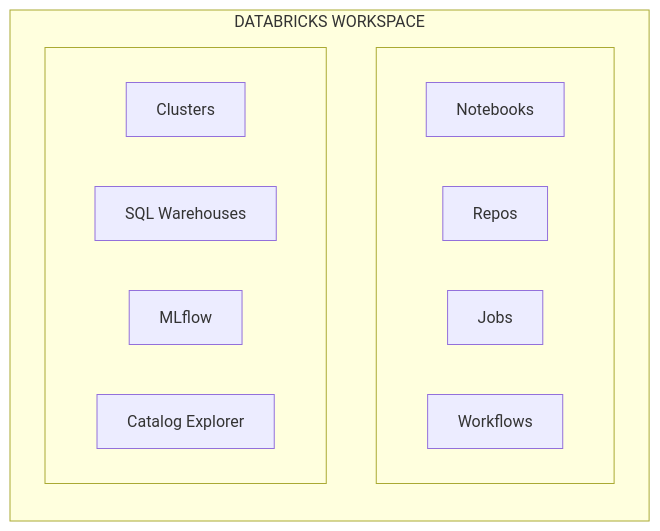
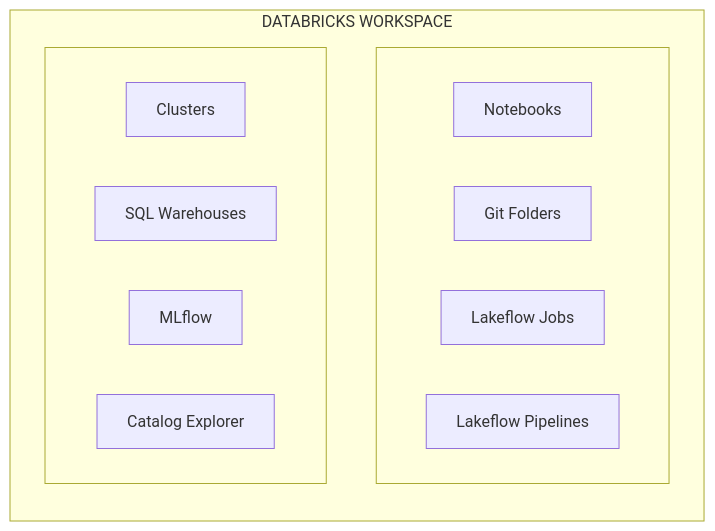
The first of 3 diagrams in shared/fundamentals/databricks-workspace.md (kengio/databricks-certification-study-guide), drawn with Mermaid before and after one commit. The commit also changed other lines of this file and 55 other files, not shown here.

````diff
--- a/shared/fundamentals/databricks-workspace.md
+++ b/shared/fundamentals/databricks-workspace.md
@@ -16,20 +16,20 @@
 ```mermaid
 flowchart TB
     subgraph Workspace["DATABRICKS WORKSPACE"]
         direction TB
         subgraph Row1[" "]
             direction LR
             Notebooks[Notebooks]
-            Repos[Repos]
-            Jobs[Jobs]
-            Workflows[Workflows]
+            GitFolders[Git Folders]
+            Jobs[Lakeflow Jobs]
+            Pipelines[Lakeflow Pipelines]
         end
         subgraph Row2[" "]
             direction LR
             Clusters[Clusters]
             SQLWh[SQL Warehouses]
             MLflow[MLflow]
             Catalog[Catalog Explorer]
         end
     end
 ```
````
